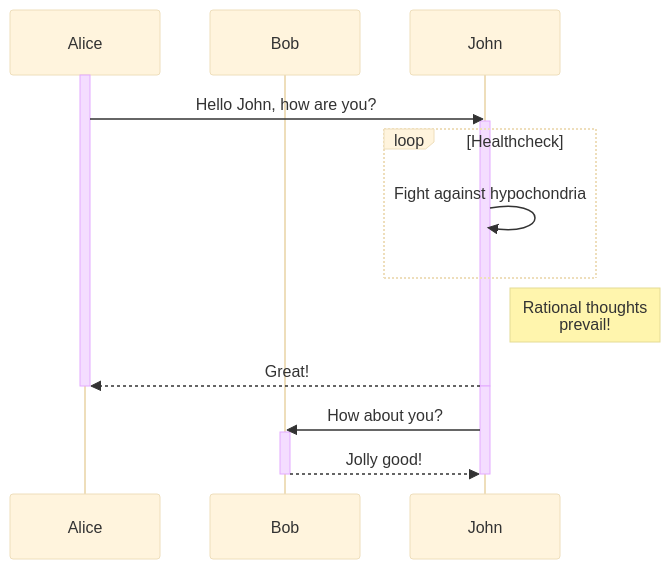
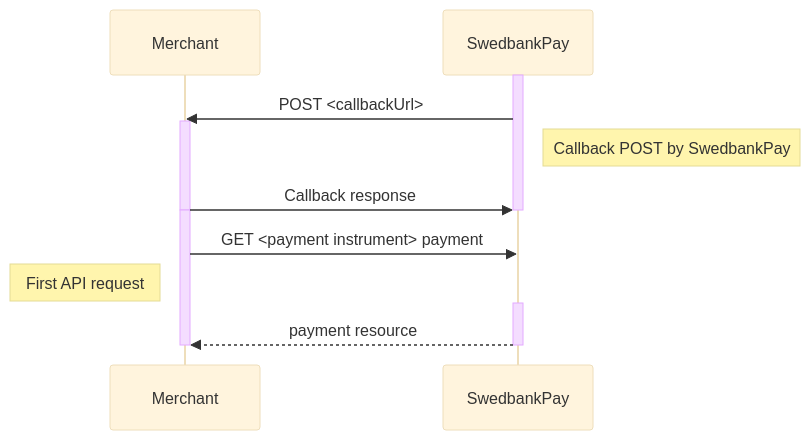
One commit to SwedbankPay/swedbank-pay-design-guide-jekyll-theme changed the diagram in index.md. Above: the diagram before and after it, drawn with Mermaid (base theme). The commit also changed 2 other files, not shown here.

Commit message:
Adjust Mermaid width

````diff
--- a/index.md
+++ b/index.md
@@ -84,22 +84,21 @@
 ```mermaid
 sequenceDiagram
-    participant Alice
-    participant Bob
-    activate Alice
-      Alice->>John: Hello John, how are you?
-      activate John
-        loop Healthcheck
-          John->>John: Fight against hypochondria
-        end
-        Note right of John: Rational thoughts <br/>prevail!
-        John-->>Alice: Great!
-      deactivate John
-    deactivate Alice
+    participant Merchant
+    participant SwedbankPay
+    
+    activate SwedbankPay
+        SwedbankPay->>Merchant: POST <callbackUrl>
+        activate Merchant
+            note right of SwedbankPay: Callback POST by SwedbankPay
+            Merchant->>SwedbankPay: Callback response
+        deactivate Merchant
+    deactivate SwedbankPay
 
-    activate John
-      John->>Bob: How about you?
-      activate Bob
-        Bob-->>John: Jolly good!
-      deactivate Bob
-    deactivate John
+    activate Merchant
+        Merchant->>SwedbankPay: GET <payment instrument> payment
+        note left of Merchant: First API request
+        activate SwedbankPay
+            SwedbankPay-->>Merchant: payment resource
+        deactivate SwedbankPay
+    deactivate Merchant
 ```
````
